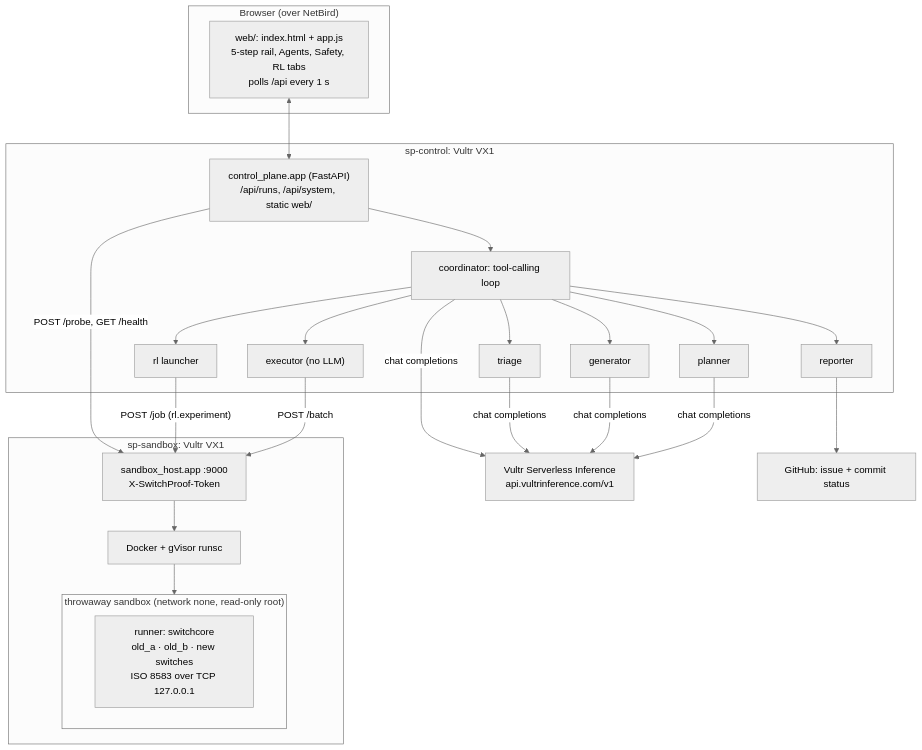
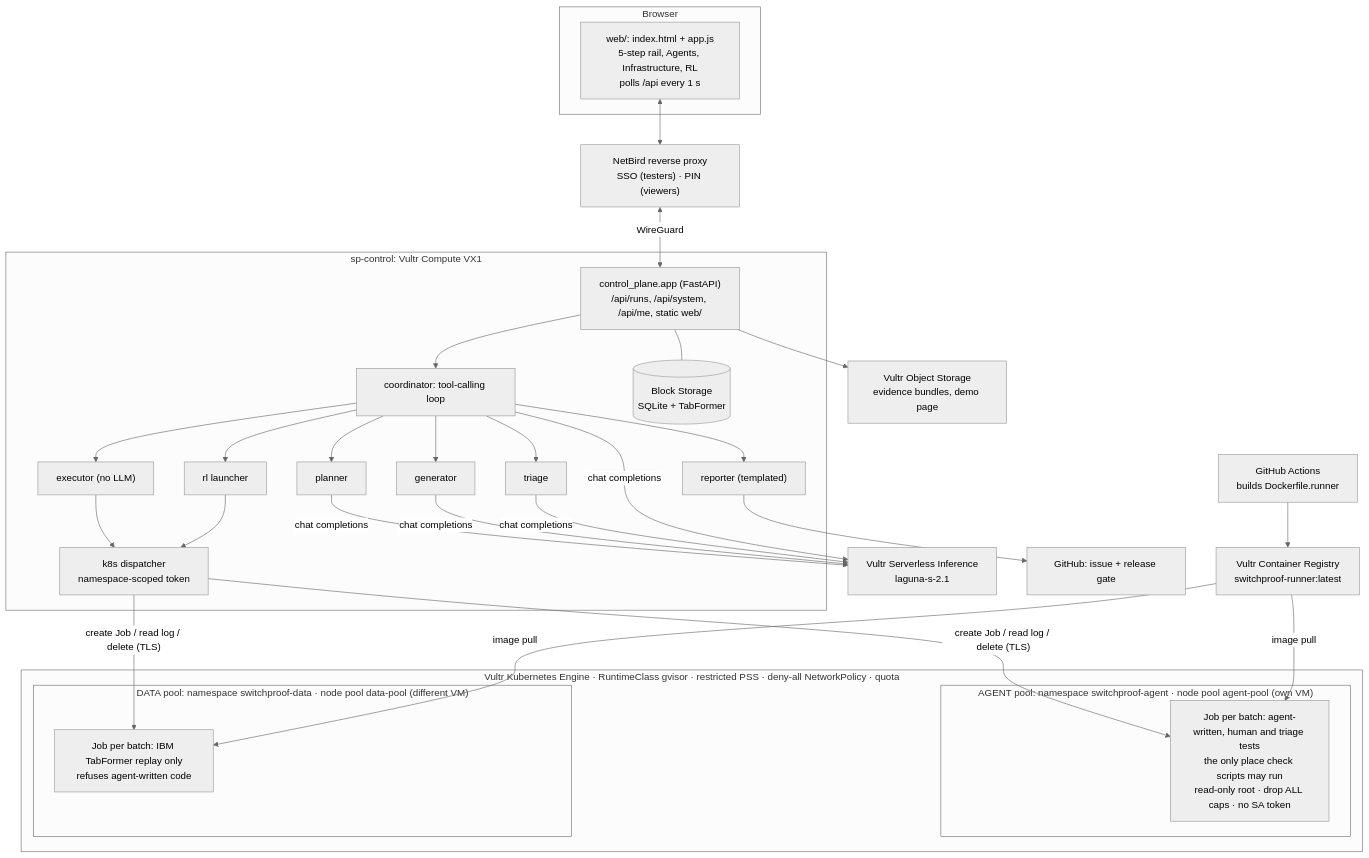
The first of 2 diagrams in docs/ARCHITECTURE.md (roshni2020/Costguard-), drawn with Mermaid (neutral theme) before and after one commit. The commit also changed other lines of this file and 27 other files, not shown here.

Commit message:
Mission control UI: live switch diagram, human gate lock, agent/data sandbox lanes, Infrastructure (Vultr metadata, VKE pools, storage, NetBird), NetBird roles and reviewer links; docs for VKE architecture

````diff
--- a/docs/ARCHITECTURE.md
+++ b/docs/ARCHITECTURE.md
@@ -7,38 +9,46 @@
 ```mermaid
 flowchart TB
-  subgraph Browser["Browser (over NetBird)"]
-    W["web/: index.html + app.js<br/>5-step rail, Agents, Safety, RL tabs<br/>polls /api every 1 s"]
+  subgraph Browser["Browser"]
+    W["web/: index.html + app.js<br/>5-step rail, Agents, Infrastructure, RL<br/>polls /api every 1 s"]
   end
+  NB["NetBird reverse proxy<br/>SSO (testers) · PIN (viewers)"]
 
-  subgraph CP["sp-control: Vultr VX1"]
-    API["control_plane.app (FastAPI)<br/>/api/runs, /api/system, static web/"]
+  subgraph CP["sp-control: Vultr Compute VX1"]
+    API["control_plane.app (FastAPI)<br/>/api/runs, /api/system, /api/me, static web/"]
     CO["coordinator: tool-calling loop"]
     PL["planner"]
     GE["generator"]
     EX["executor (no LLM)"]
     TR["triage"]
-    RE["reporter"]
+    RE["reporter (templated)"]
     RL["rl launcher"]
+    K8["k8s dispatcher<br/>namespace-scoped token"]
+    BS[("Block Storage<br/>SQLite + TabFormer")]
     API --> CO
     CO --> PL & GE & EX & TR & RE & RL
+    EX & RL --> K8
+    API --- BS
   end
 
-  subgraph SB["sp-sandbox: Vultr VX1"]
-    SH["sandbox_host.app :9000<br/>X-SwitchProof-Token"]
-    D["Docker + gVisor runsc"]
-    subgraph BOX["throwaway sandbox (network none, read-only root)"]
-      RUN["runner: switchcore<br/>old_a · old_b · new switches<br/>ISO 8583 over TCP 127.0.0.1"]
+  subgraph VKE["Vultr Kubernetes Engine · RuntimeClass gvisor · restricted PSS · deny-all NetworkPolicy · quota"]
+    subgraph AP["AGENT pool: namespace switchproof-agent · node pool agent-pool (own VM)"]
+      AJ["Job per batch: agent-written, human and triage tests<br/>the only place check scripts may run<br/>read-only root · drop ALL caps · no SA token"]
     end
-    SH --> D --> BOX
+    subgraph DP["DATA pool: namespace switchproof-data · node pool data-pool (different VM)"]
+      DJ["Job per batch: IBM TabFormer replay only<br/>refuses agent-written code"]
+    end
   end
 
-  VI["Vultr Serverless Inference<br/>api.vultrinference.com/v1"]
-  GH["GitHub: issue + commit status"]
+  VI["Vultr Serverless Inference<br/>laguna-s-2.1"]
+  VCR["Vultr Container Registry<br/>switchproof-runner:latest"]
+  GA["GitHub Actions<br/>builds Dockerfile.runner"]
+  OS["Vultr Object Storage<br/>evidence bundles, demo page"]
+  GH["GitHub: issue + release gate"]
 
-  W <--> API
+  W <--> NB <-- "WireGuard" --> API
   PL & GE & TR & CO -- "chat completions" --> VI
-  EX -- "POST /batch" --> SH
-  RL -- "POST /job (rl.experiment)" --> SH
-  API -- "POST /probe, GET /health" --> SH
+  K8 -- "create Job / read log / delete (TLS)" --> AJ & DJ
+  GA --> VCR -- "image pull" --> AJ & DJ
+  API --> OS
   RE --> GH
 ```
````
